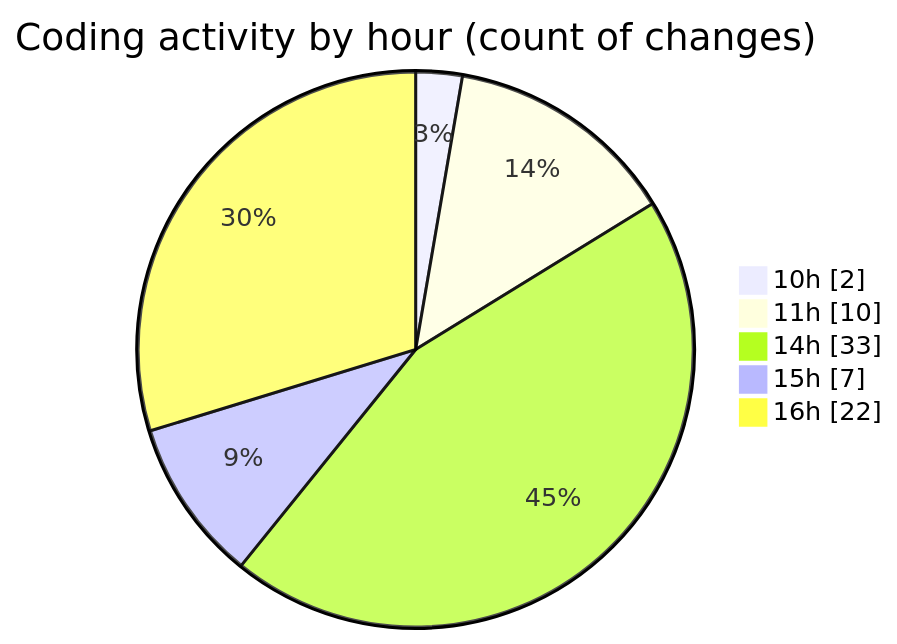
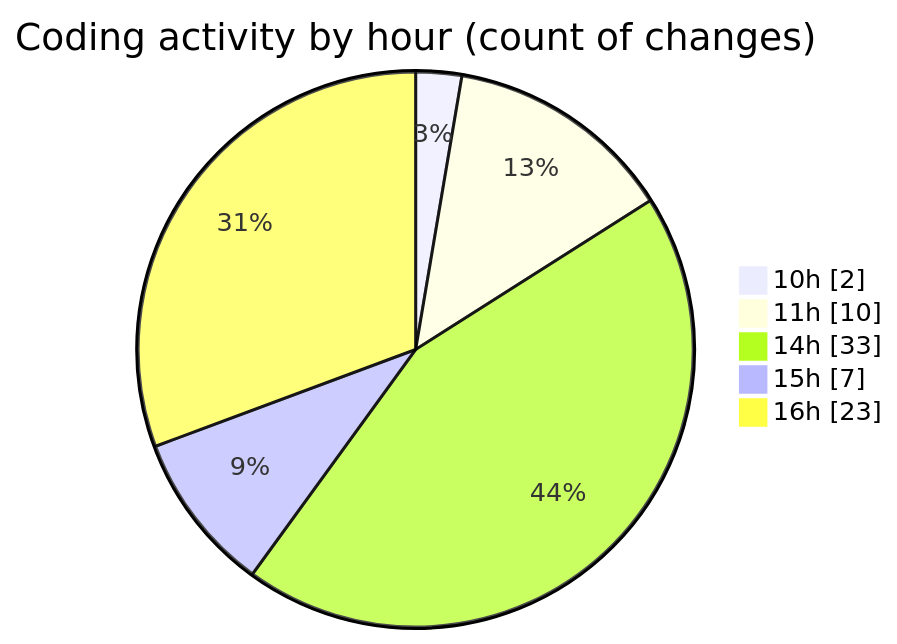
One commit to idhammustaqopulfikri/code-tracking changed the second of 2 diagrams in 2025-06-02/studio-backend/README.md. Above: the diagram before and after it, drawn with Mermaid. The commit also changed other lines of this file and 1 other file, not shown here.

````diff
--- a/2025-06-02/studio-backend/README.md
+++ b/2025-06-02/studio-backend/README.md
@@ -46,9 +46,9 @@
 ```mermaid
 pie showData
 title Coding activity by hour (count of changes)
 "10h" : 2
 "11h" : 10
 "14h" : 33
 "15h" : 7
-"16h" : 22
+"16h" : 23
 ```
````
